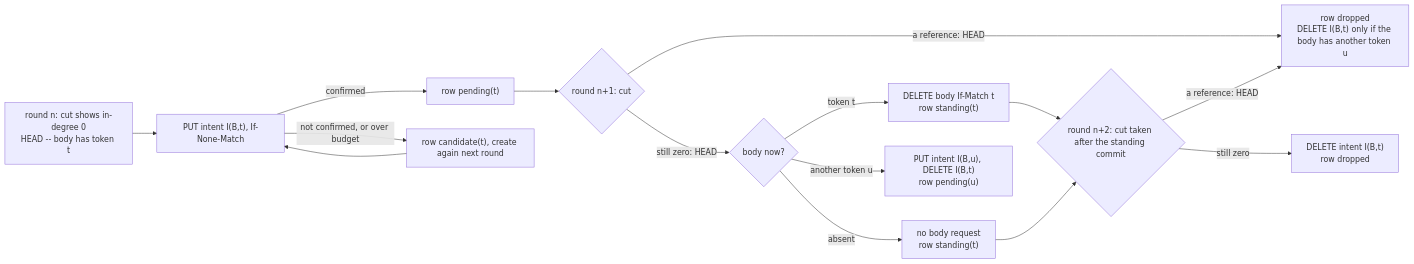
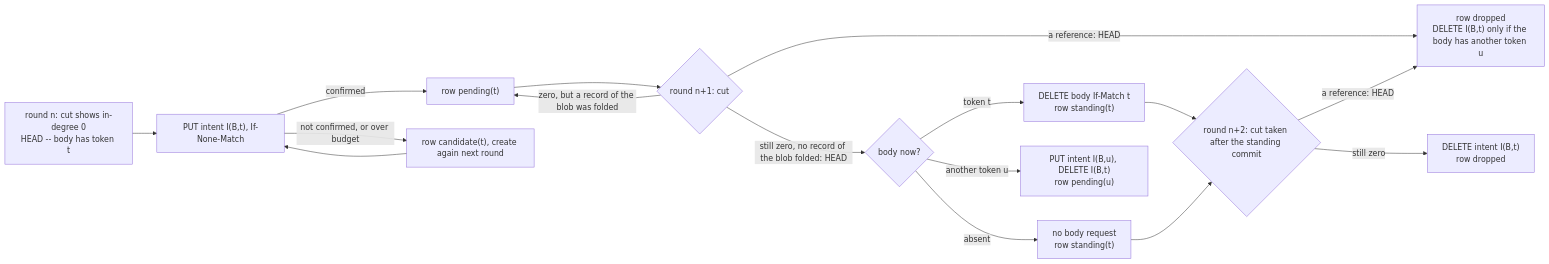
The third of 3 diagrams in docs/en/antalya/cas/architecture/garbage-collection.md (Altinity/ClickHouse), drawn with Mermaid before and after one commit. The commit also changed other lines of this file and 4 other files, not shown here.

````diff
--- a/docs/en/antalya/cas/architecture/garbage-collection.md
+++ b/docs/en/antalya/cas/architecture/garbage-collection.md
@@ -753,17 +758,18 @@
 ```mermaid
 flowchart LR
     A["round n: cut shows in-degree 0<br/>HEAD -- body has token t"] --> B["PUT intent I(B,t), If-None-Match"]
     B -->|confirmed| P["row pending(t)"]
     B -->|"not confirmed, or over budget"| C["row candidate(t), create again next round"]
     C --> B
     P --> D{"round n+1: cut"}
     D -->|"a reference: HEAD"| S["row dropped<br/>DELETE I(B,t) only if the body has another token u"]
-    D -->|"still zero: HEAD"| E{"body now?"}
+    D -->|"still zero, no record of the blob folded: HEAD"| E{"body now?"}
+    D -->|"zero, but a record of the blob was folded"| P
     E -->|"token t"| F["DELETE body If-Match t<br/>row standing(t)"]
     E -->|"absent"| F2["no body request<br/>row standing(t)"]
     E -->|"another token u"| T["PUT intent I(B,u), DELETE I(B,t)<br/>row pending(u)"]
     F --> G{"round n+2: cut taken after the standing commit"}
     F2 --> G
     G -->|"a reference: HEAD"| S
     G -->|"still zero"| H["DELETE intent I(B,t)<br/>row dropped"]
 ```
````
